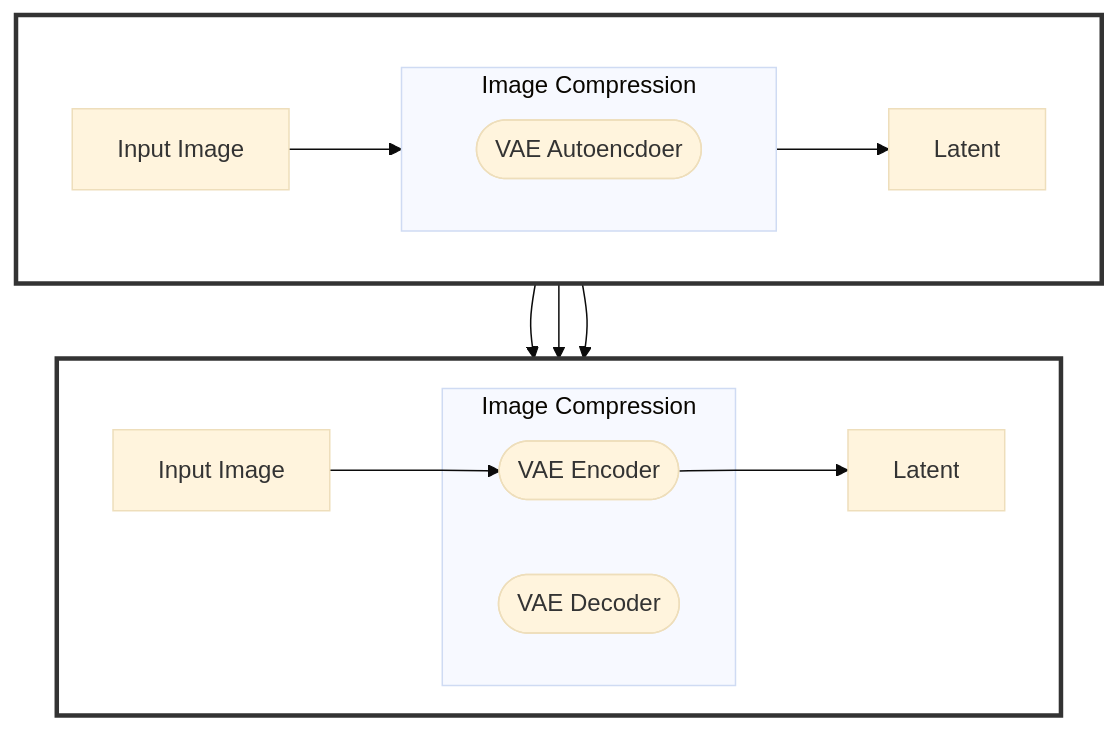
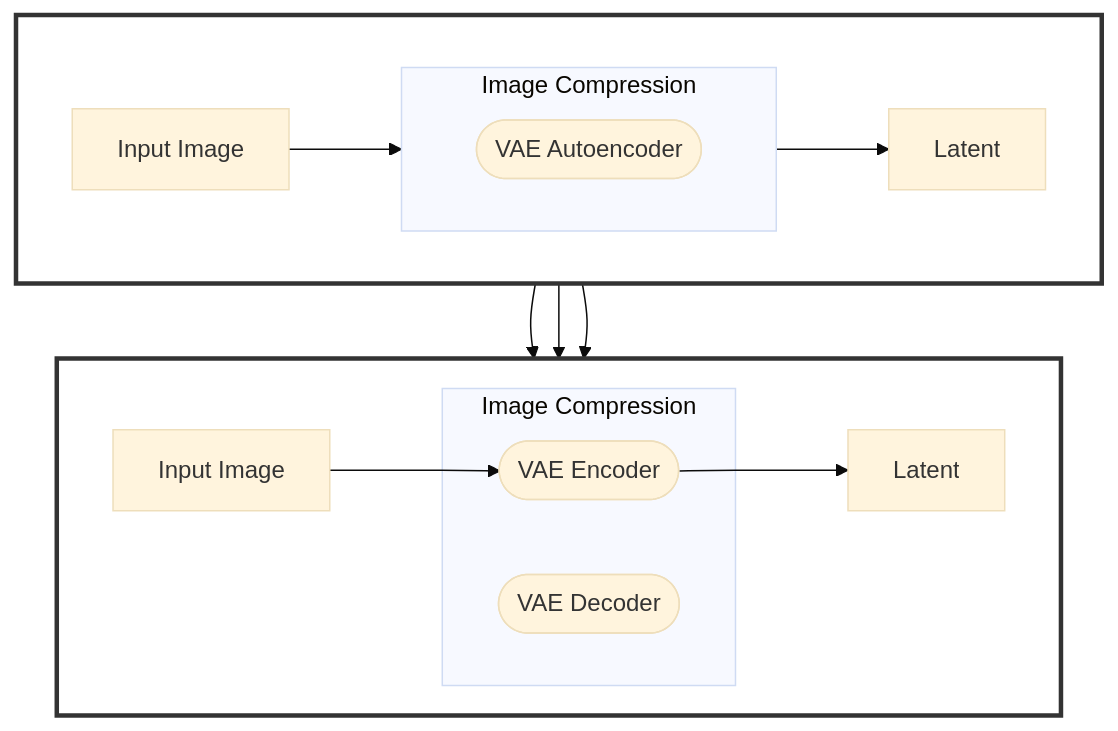
The fourth of 6 diagrams in forblog/posts/12_stable_diffusion_summarized.qmd (ForBo7/forbo7.github.io), drawn with Mermaid (base theme) before and after one commit. The commit also changed other lines of this file, not shown here.

Commit message:
Fixed typos.

````diff
--- a/forblog/posts/12_stable_diffusion_summarized.qmd
+++ b/forblog/posts/12_stable_diffusion_summarized.qmd
@@ -124,25 +124,25 @@
 ```{mermaid}
 flowchart TB
     subgraph A [ ]
         id2[Input Image] --> id1
         subgraph B [Image Compression]
             direction LR
-            id1([VAE Autoencdoer])
+            id1([VAE Autoencoder])
         end
         id1 --> id7[Latent]
     end
     style A fill:#FFF, stroke:#333,stroke-width:3px
 
     subgraph C[ ]
         direction LR
         id3[Input Image]
         subgraph D [Image Compression]
             id4([VAE Encoder])
             id5([VAE Decoder])
         end
         id3 --> id4 --> id6[Latent]
     end
     style C fill:#FFF, stroke:#333,stroke-width:3px
 
     A & A & A --> C
 ```
````
